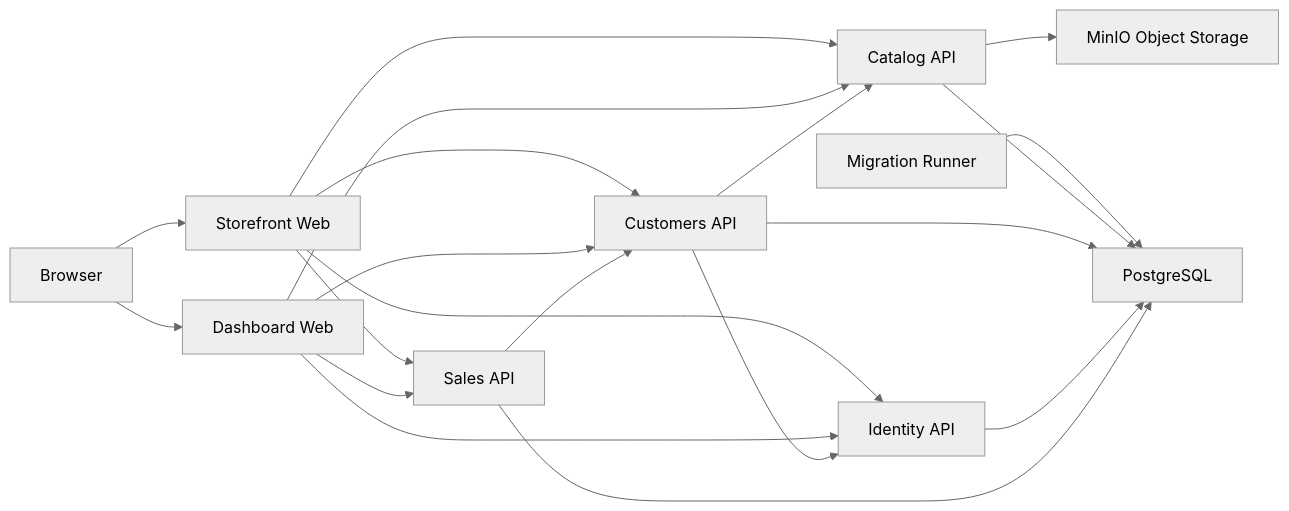
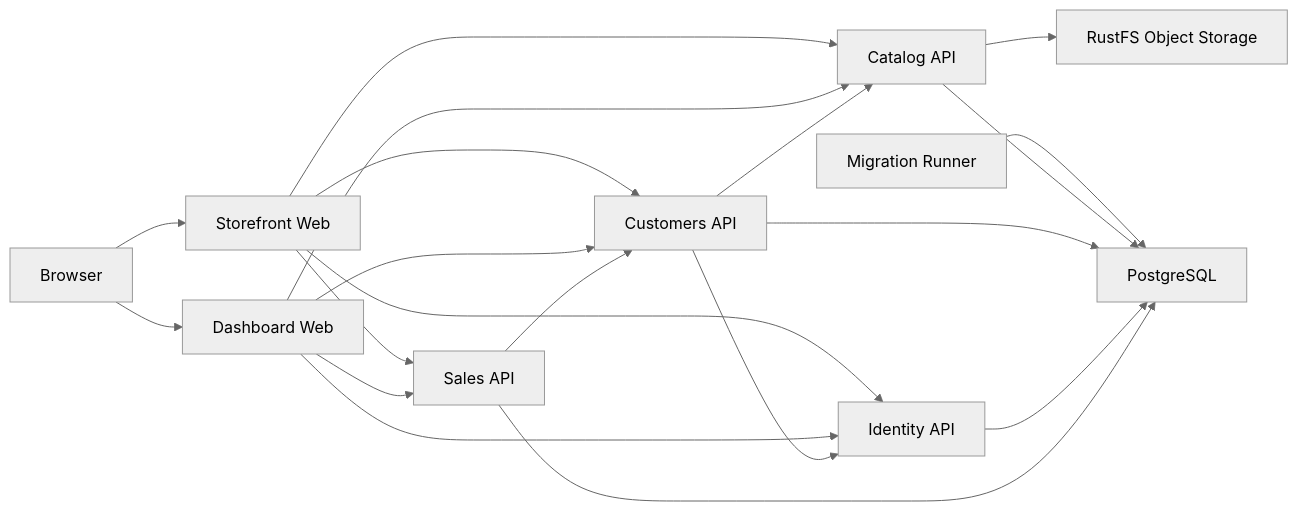
The diagram in README.md (draganovik/matterway), drawn with Mermaid (neutral theme) before and after one commit. The commit also changed other lines of this file and 13 other files, not shown here.

First line of the commit message:
Switch catalog storage to RustFS

````diff
--- a/README.md
+++ b/README.md
@@ -11,26 +11,26 @@
 ```mermaid
 flowchart LR
   Browser["Browser"] --> Storefront["Storefront Web"]
   Browser --> Dashboard["Dashboard Web"]
 
   Storefront --> Catalog["Catalog API"]
   Storefront --> Customers["Customers API"]
   Storefront --> Identity["Identity API"]
   Storefront --> Sales["Sales API"]
 
   Dashboard --> Catalog
   Dashboard --> Customers
   Dashboard --> Identity
   Dashboard --> Sales
 
   Customers --> Catalog
   Customers --> Identity
   Sales --> Customers
 
   Migrations["Migration Runner"] --> Postgres["PostgreSQL"]
-  Catalog --> Minio["MinIO Object Storage"]
+  Catalog --> RustFS["RustFS Object Storage"]
   Catalog --> Postgres
   Customers --> Postgres
   Identity --> Postgres
   Sales --> Postgres
 ```
````
